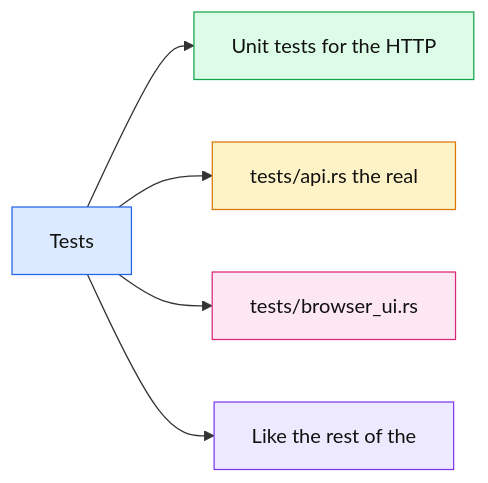
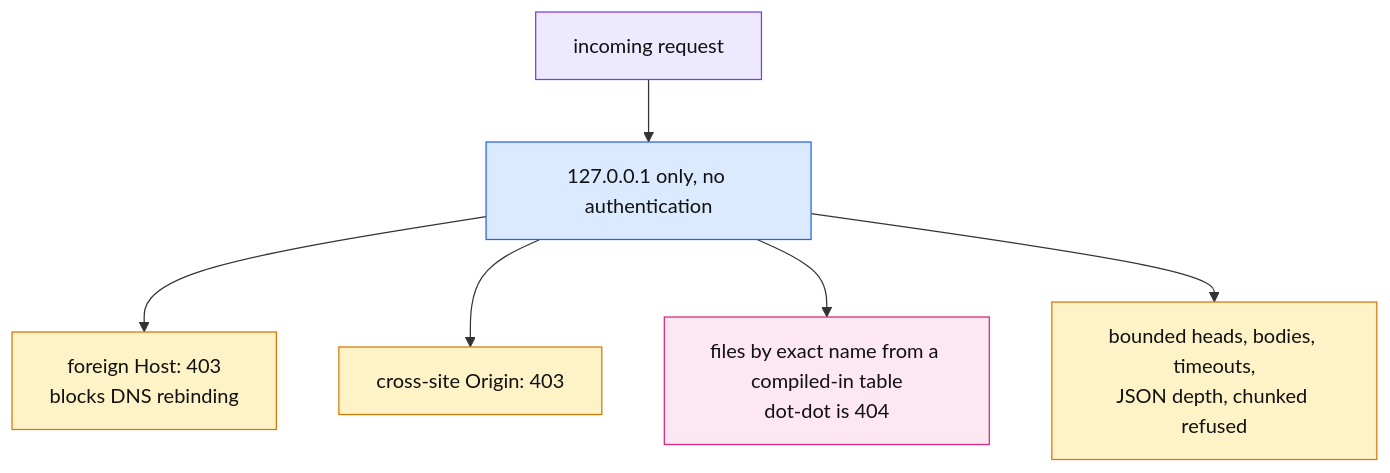
Before and after one commit to thomascherickal/ferrum-gpu: diagram 20 of 21 in docs/gui.md, drawn with Mermaid. The commit also changed other lines of this file and 4 other files, not shown here.

First line of the commit message:
docs: hand-drawn data-flow diagrams for the readme, architecture and GUI pages

````diff
--- a/docs/gui.md
+++ b/docs/gui.md
@@ -251,13 +370,13 @@
 ```mermaid
-flowchart LR
-    a["Tests"]:::root
-    a --> n0["Unit tests for the HTTP"]:::c0
-    a --> n1["tests/api.rs the real"]:::c1
-    a --> n2["tests/browser_ui.rs"]:::c2
-    a --> n3["Like the rest of the"]:::c3
-    classDef root fill:#dbeafe,stroke:#2563eb,color:#111
-    classDef c0 fill:#dcfce7,stroke:#16a34a,color:#111
-    classDef c1 fill:#fef3c7,stroke:#d97706,color:#111
-    classDef c2 fill:#fce7f3,stroke:#db2777,color:#111
-    classDef c3 fill:#ede9fe,stroke:#7c3aed,color:#111
+flowchart TD
+    r["incoming request"]:::host --> b["127.0.0.1 only, no authentication"]:::core
+    b --> h["foreign Host: 403<br/>blocks DNS rebinding"]:::cpu
+    b --> o["cross-site Origin: 403"]:::cpu
+    b --> f["files by exact name from a compiled-in table<br/>dot-dot is 404"]:::io
+    b --> l["bounded heads, bodies, timeouts,<br/>JSON depth, chunked refused"]:::cpu
+    classDef core fill:#dbeafe,stroke:#2563eb,color:#111
+    classDef gpu fill:#dcfce7,stroke:#16a34a,color:#111
+    classDef cpu fill:#fef3c7,stroke:#d97706,color:#111
+    classDef io fill:#fce7f3,stroke:#db2777,color:#111
+    classDef host fill:#ede9fe,stroke:#7c3aed,color:#111
 ```
````
